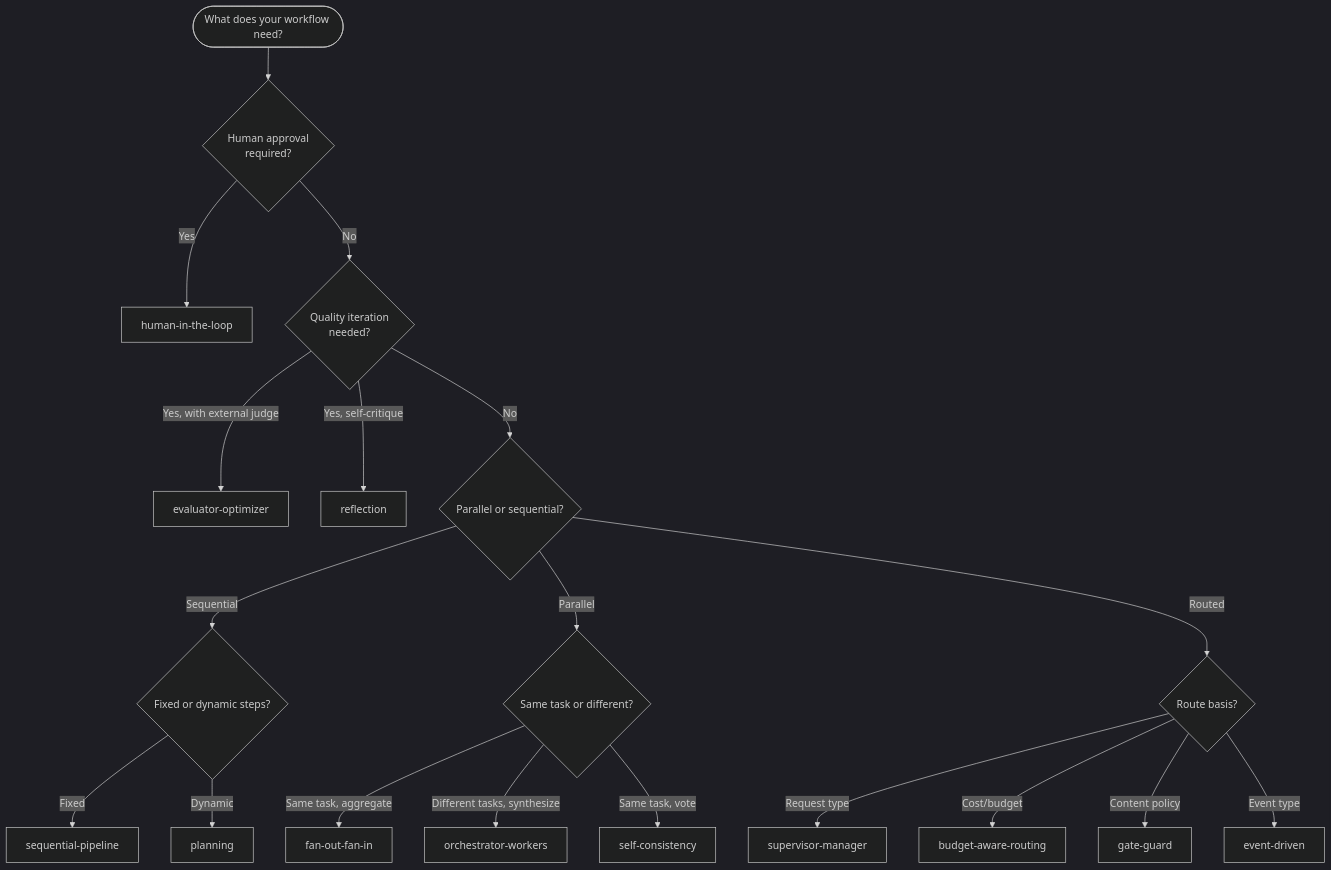
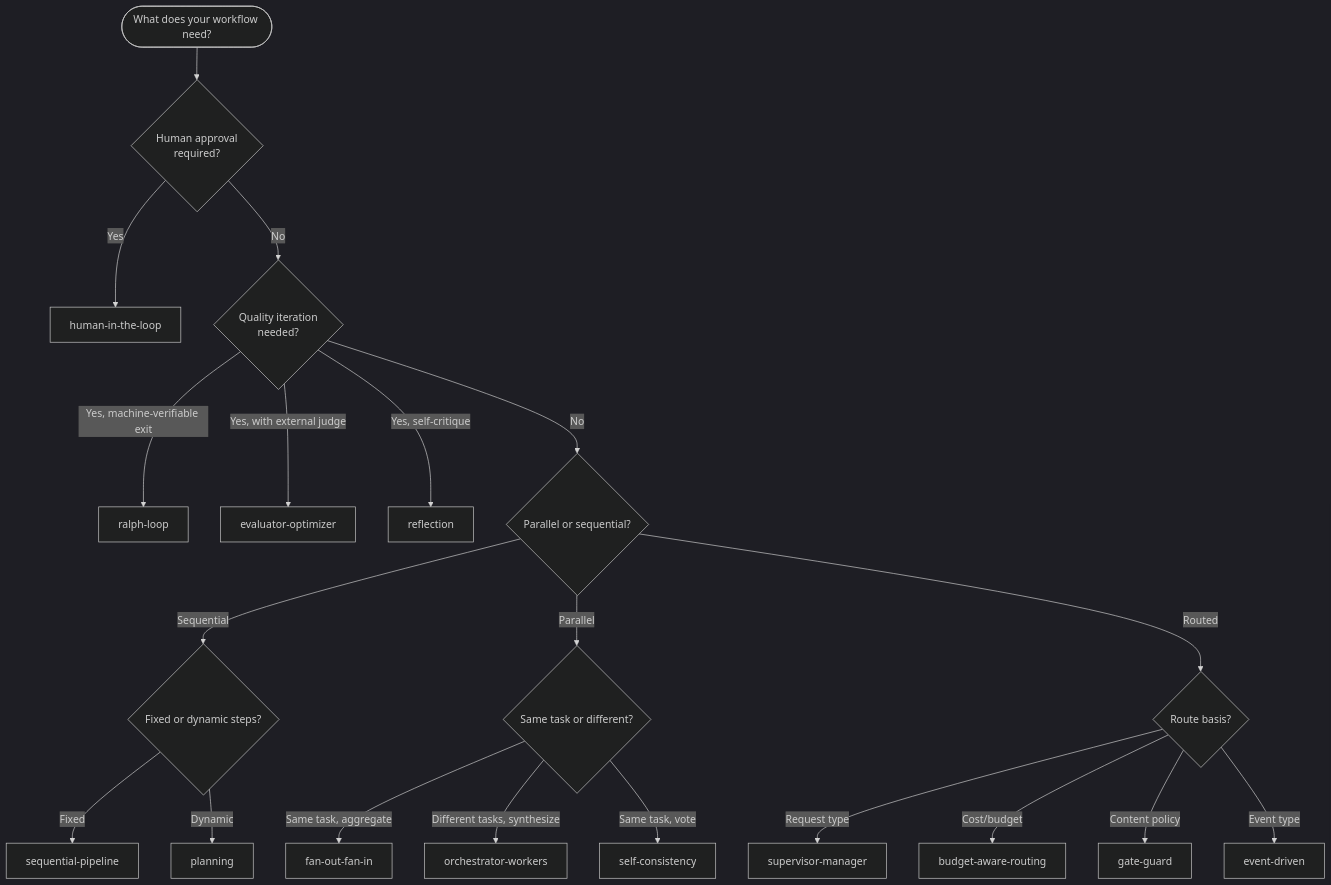
One commit to RuairiSpain/CSA-AI-Foundry-Agent-Swarm changed the fifth of 5 diagrams in docs/patterns-overview.md. Above: the diagram before and after it, drawn with Mermaid (dark theme). The commit also changed other lines of this file and 15 other files, not shown here.

````diff
--- a/docs/patterns-overview.md
+++ b/docs/patterns-overview.md
@@ -395,21 +424,22 @@
 ```mermaid
 flowchart TD
     Start([What does your workflow need?]) --> Q1{Human approval<br>required?}
     Q1 -- Yes --> HITL[human-in-the-loop]
     Q1 -- No --> Q2{Quality iteration<br>needed?}
+    Q2 -- Yes, machine-verifiable exit --> RL[ralph-loop]
     Q2 -- Yes, with external judge --> EO[evaluator-optimizer]
     Q2 -- Yes, self-critique --> Ref[reflection]
     Q2 -- No --> Q3{Parallel or sequential?}
     Q3 -- Sequential --> Q4{Fixed or dynamic steps?}
     Q4 -- Fixed --> SP[sequential-pipeline]
     Q4 -- Dynamic --> Plan[planning]
     Q3 -- Parallel --> Q5{Same task or different?}
     Q5 -- Same task, aggregate --> FOI[fan-out-fan-in]
     Q5 -- Different tasks, synthesize --> OW[orchestrator-workers]
     Q5 -- Same task, vote --> SC[self-consistency]
     Q3 -- Routed --> Q6{Route basis?}
     Q6 -- Request type --> SM[supervisor-manager]
     Q6 -- Cost/budget --> BAR[budget-aware-routing]
     Q6 -- Content policy --> GG[gate-guard]
     Q6 -- Event type --> ED[event-driven]
 ```
````
